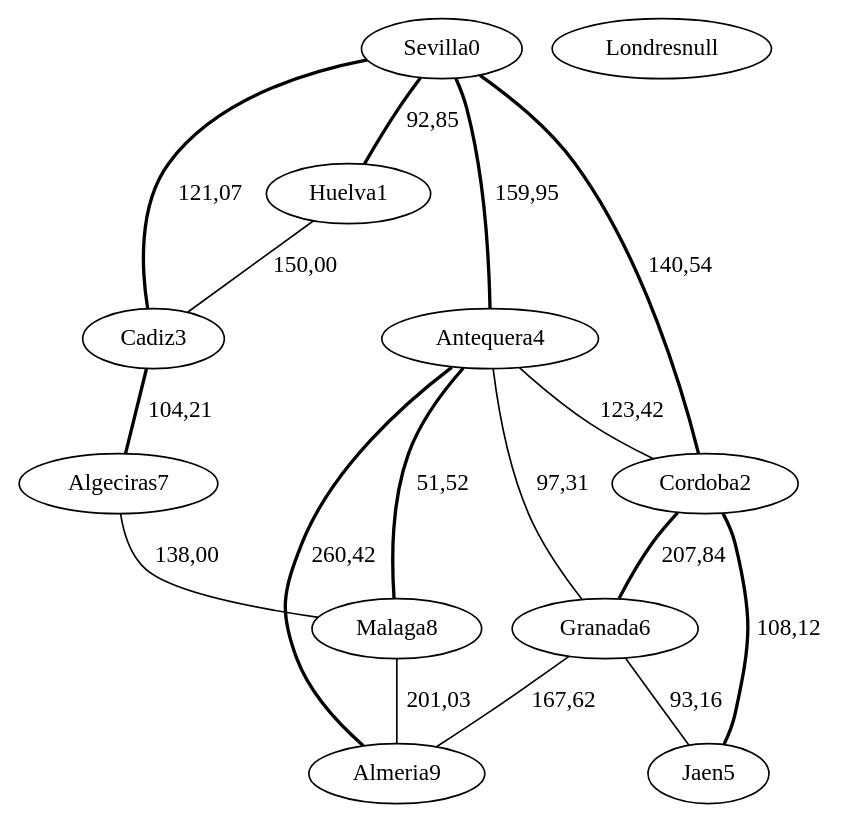
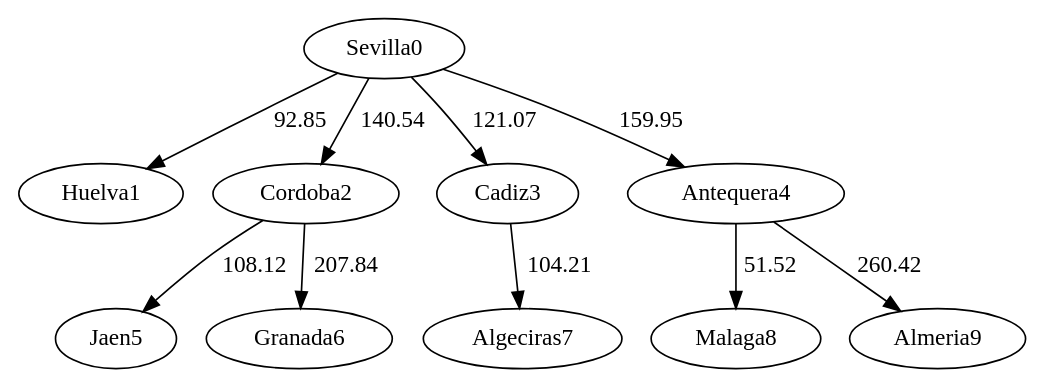
The diagram in java/EjemplosDeGrafos/ficheros/andaluciaAnchura.gv (migueltoro/ada_v2_18), drawn with Graphviz before and after one commit. The commit also changed 14 other files, not shown here.

```diff
--- a/java/EjemplosDeGrafos/ficheros/andaluciaAnchura.gv
+++ b/java/EjemplosDeGrafos/ficheros/andaluciaAnchura.gv
@@ -1,29 +1,21 @@
-strict graph G {
-  1 [ color="black" label="Sevilla0" ];
-  2 [ color="black" label="Cadiz3" ];
-  3 [ color="black" label="Huelva1" ];
-  4 [ color="black" label="Cordoba2" ];
-  5 [ color="black" label="Malaga8" ];
-  6 [ color="black" label="Antequera4" ];
-  7 [ color="black" label="Almeria9" ];
-  8 [ color="black" label="Granada6" ];
-  9 [ color="black" label="Jaen5" ];
-  10 [ color="black" label="Algeciras7" ];
-  11 [ color="black" label="Londresnull" ];
-  1 -- 3 [ style="bold" label="92,85" ];
-  1 -- 4 [ style="bold" label="140,54" ];
-  1 -- 2 [ style="bold" label="121,07" ];
-  1 -- 6 [ style="bold" label="159,95" ];
-  3 -- 2 [ style="solid" label="150,00" ];
-  6 -- 8 [ style="solid" label="97,31" ];
-  6 -- 5 [ style="bold" label="51,52" ];
-  6 -- 4 [ style="solid" label="123,42" ];
-  6 -- 7 [ style="bold" label="260,42" ];
-  5 -- 7 [ style="solid" label="201,03" ];
-  4 -- 9 [ style="bold" label="108,12" ];
-  4 -- 8 [ style="bold" label="207,84" ];
-  8 -- 7 [ style="solid" label="167,62" ];
-  8 -- 9 [ style="solid" label="93,16" ];
-  2 -- 10 [ style="bold" label="104,21" ];
-  10 -- 5 [ style="solid" label="138,00" ];
+strict digraph G {
+  1 [ label="Sevilla0" ];
+  2 [ label="Huelva1" ];
+  3 [ label="Cordoba2" ];
+  4 [ label="Cadiz3" ];
+  5 [ label="Antequera4" ];
+  6 [ label="Jaen5" ];
+  7 [ label="Granada6" ];
+  8 [ label="Algeciras7" ];
+  9 [ label="Malaga8" ];
+  10 [ label="Almeria9" ];
+  1 -> 2 [ label="92.85" ];
+  1 -> 3 [ label="140.54" ];
+  1 -> 4 [ label="121.07" ];
+  1 -> 5 [ label="159.95" ];
+  3 -> 6 [ label="108.12" ];
+  3 -> 7 [ label="207.84" ];
+  4 -> 8 [ label="104.21" ];
+  5 -> 9 [ label="51.52" ];
+  5 -> 10 [ label="260.42" ];
 }
```
